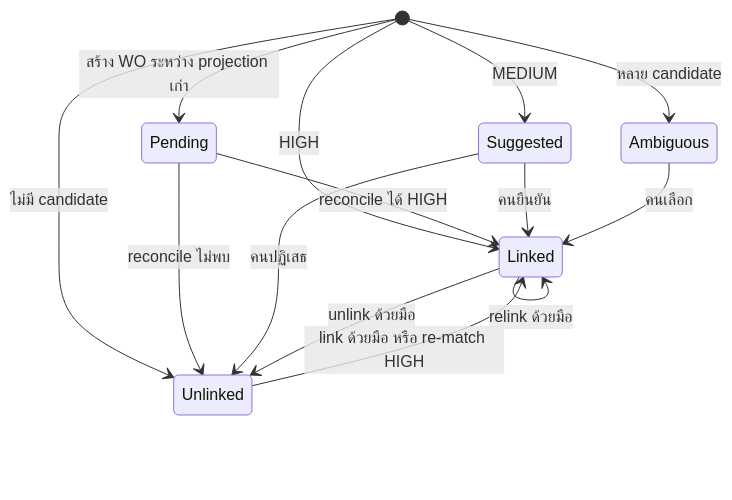
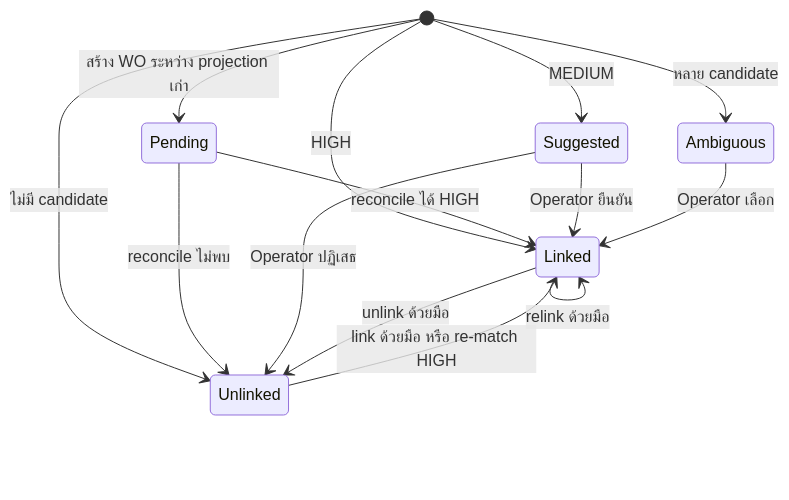
Before and after one commit to b-werayut/psd-bodycam-v1.0: diagram 11 of 12 in docs/blueprint/03-business-workflows.md, drawn with Mermaid. The commit also changed other lines of this file and 8 other files, not shown here.

````diff
--- a/docs/blueprint/03-business-workflows.md
+++ b/docs/blueprint/03-business-workflows.md
@@ -436,16 +460,16 @@
 ```mermaid
 stateDiagram-v2
   [*] --> Pending : สร้าง WO ระหว่าง projection เก่า
   [*] --> Linked : HIGH
   [*] --> Suggested : MEDIUM
   [*] --> Ambiguous : หลาย candidate
   [*] --> Unlinked : ไม่มี candidate
   Pending --> Linked : reconcile ได้ HIGH
   Pending --> Unlinked : reconcile ไม่พบ
-  Suggested --> Linked : คนยืนยัน
-  Suggested --> Unlinked : คนปฏิเสธ
-  Ambiguous --> Linked : คนเลือก
+  Suggested --> Linked : Operator ยืนยัน
+  Suggested --> Unlinked : Operator ปฏิเสธ
+  Ambiguous --> Linked : Operator เลือก
   Unlinked --> Linked : link ด้วยมือ หรือ re-match HIGH
   Linked --> Unlinked : unlink ด้วยมือ
   Linked --> Linked : relink ด้วยมือ
 ```
````
